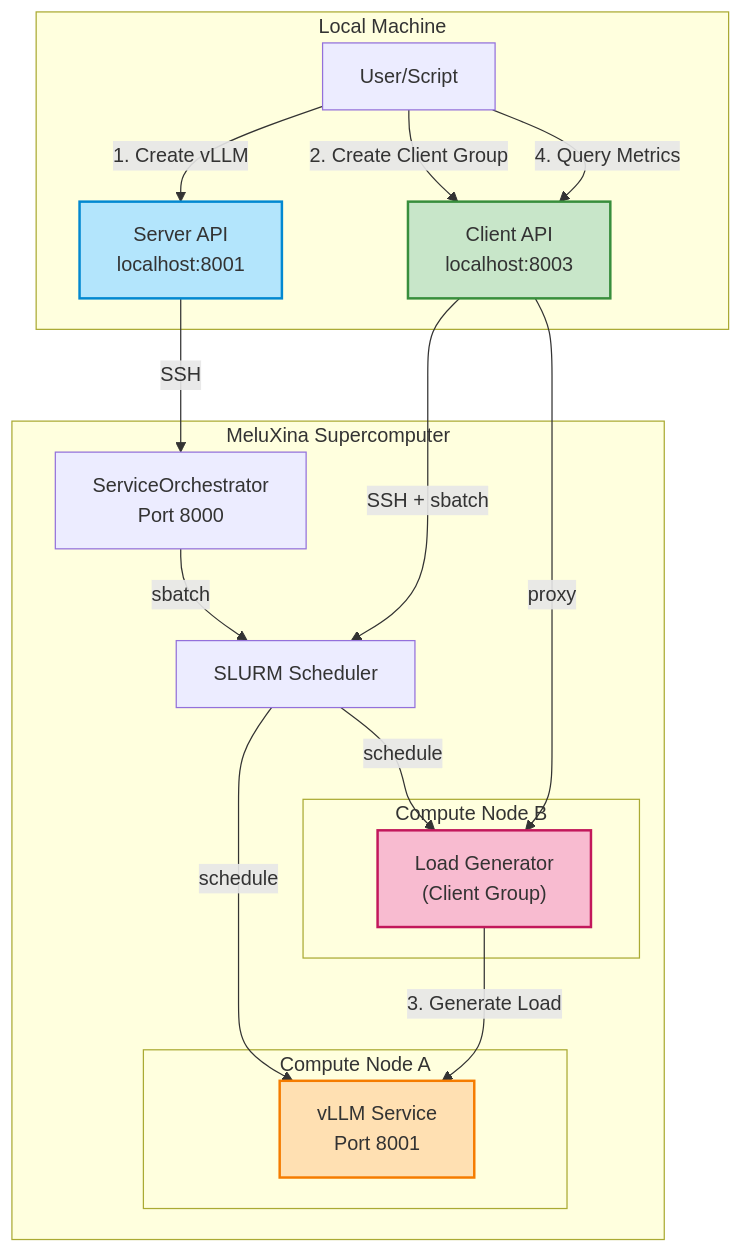
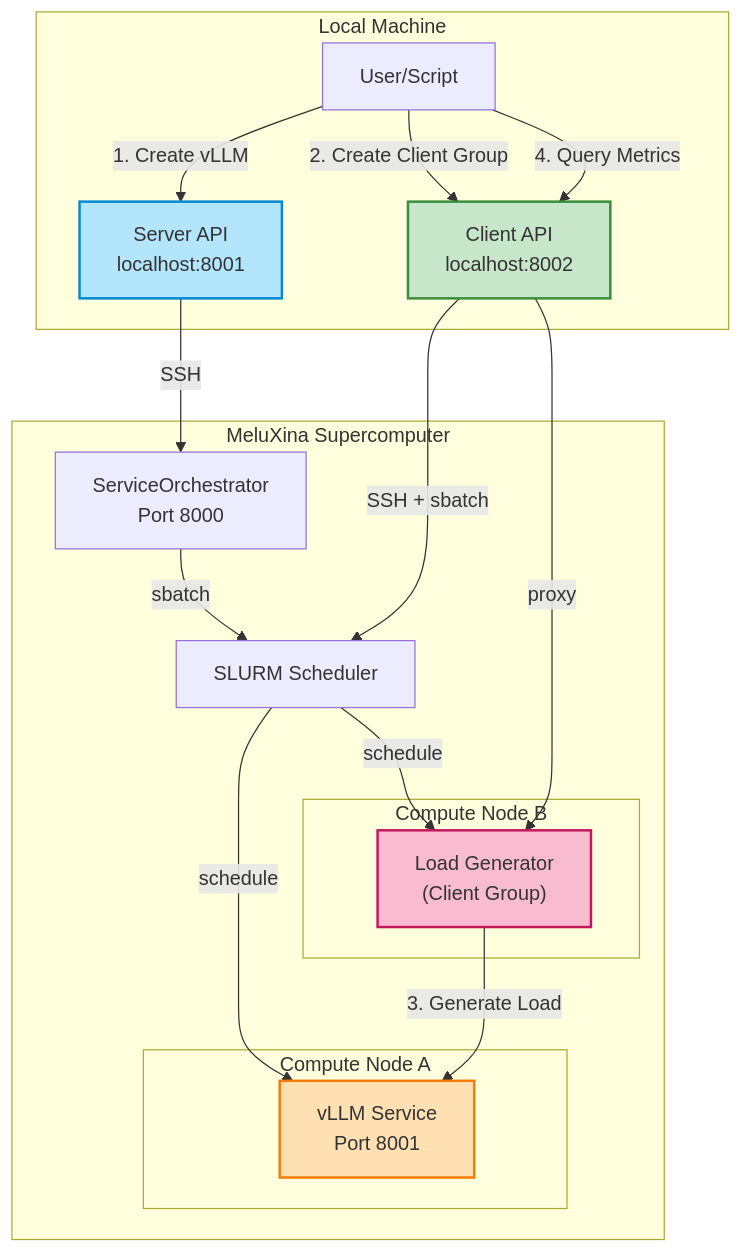
Before and after one commit to GiacomoPauletti/Benchmarking-AI-Factories: the first of 2 diagrams in docs-src/services/client.md, drawn with Mermaid. The commit also changed other lines of this file and 53 other files, not shown here.

````diff
--- a/docs-src/services/client.md
+++ b/docs-src/services/client.md
@@ -26,39 +26,39 @@
 ```mermaid
 graph TB
     subgraph Local["Local Machine"]
         User["User/Script"]
         Server["Server API<br/>localhost:8001"]
-        ClientSvc["Client API<br/>localhost:8003"]
+        ClientSvc["Client API<br/>localhost:8002"]
     end
     
     subgraph MeluXina["MeluXina Supercomputer"]
         Orch["ServiceOrchestrator<br/>Port 8000"]
         SLURM["SLURM Scheduler"]
         
         subgraph ComputeNode1["Compute Node A"]
             vLLM["vLLM Service<br/>Port 8001"]
         end
         
         subgraph ComputeNode2["Compute Node B"]
             LoadGen["Load Generator<br/>(Client Group)"]
         end
     end
     
     User -->|"1. Create vLLM"| Server
     Server -->|SSH| Orch
     Orch -->|sbatch| SLURM
     SLURM -->|schedule| vLLM
     
     User -->|"2. Create Client Group"| ClientSvc
     ClientSvc -->|SSH + sbatch| SLURM
     SLURM -->|schedule| LoadGen
     
     LoadGen -->|"3. Generate Load"| vLLM
     User -->|"4. Query Metrics"| ClientSvc
     ClientSvc -->|proxy| LoadGen
     
     style Server fill:#B3E5FC,stroke:#0288D1,stroke-width:2px
     style ClientSvc fill:#C8E6C9,stroke:#388E3C,stroke-width:2px
     style vLLM fill:#FFE0B2,stroke:#F57C00,stroke-width:2px
     style LoadGen fill:#F8BBD0,stroke:#C2185B,stroke-width:2px
 ```
````
